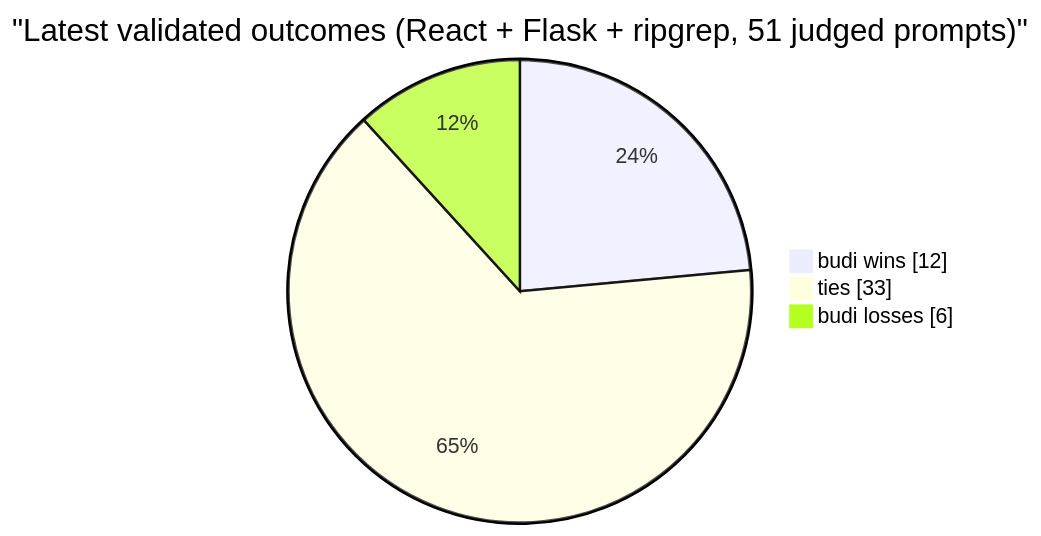
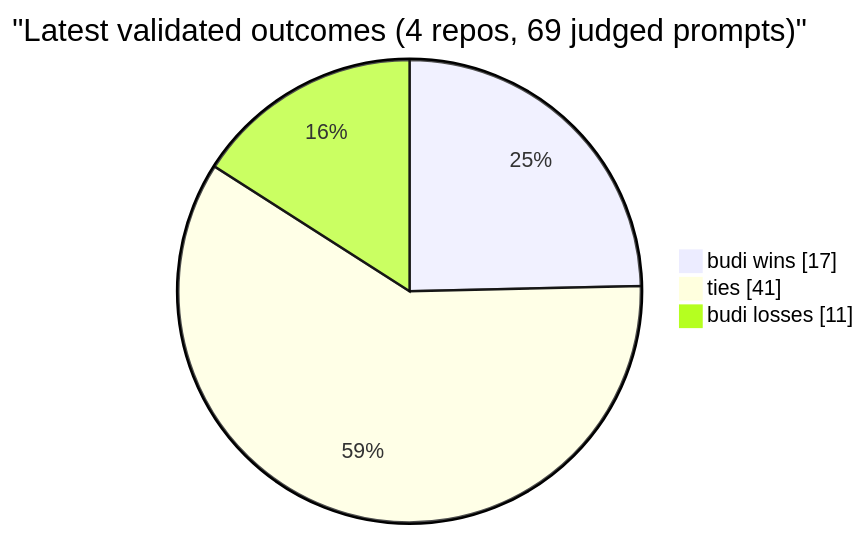
One commit to siropkin/budi changed the second of 2 diagrams in README.md. Above: the diagram before and after it, drawn with Mermaid. The commit also changed 1 other file, not shown here.

Commit message:
Refresh README and benchmark docs with all 4 validated repo results.
All repos revalidated at v2.49.0-v2.50.0: React 8W/3L/7T,
Flask 3W/1L/14T, ripgrep 1W/2L/12T, Terraform 5W/5L/8T.
Pie chart now covers 69 judged prompts across 4 repos.

````diff
--- a/README.md
+++ b/README.md
@@ -44,7 +44,7 @@
 ```mermaid
 pie showData
-    title "Latest validated outcomes (React + Flask + ripgrep, 51 judged prompts)"
-    "budi wins" : 12
-    "ties" : 33
-    "budi losses" : 6
+    title "Latest validated outcomes (4 repos, 69 judged prompts)"
+    "budi wins" : 17
+    "ties" : 41
+    "budi losses" : 11
 ```
````
